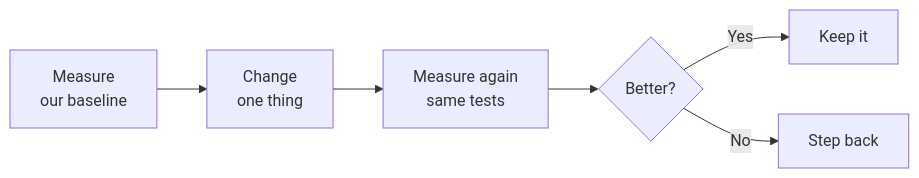
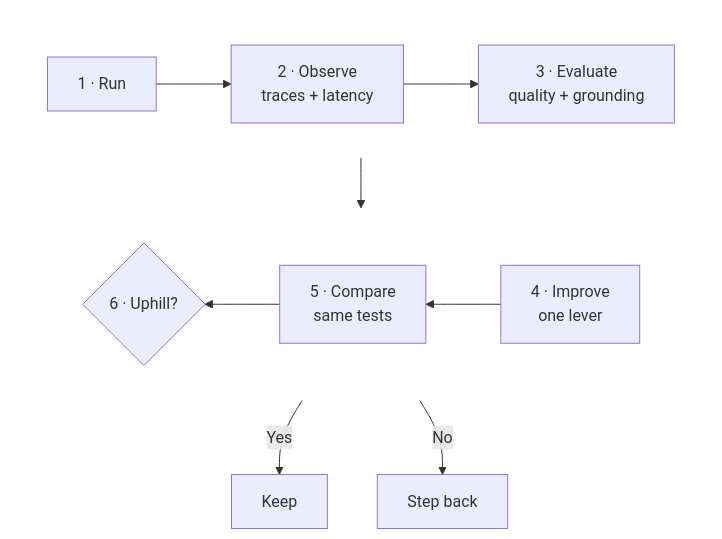
The third of 3 diagrams in foundry/agent-optimization/README.md (nitya/model-mastery), drawn with Mermaid before and after one commit. The commit also changed other lines of this file and 3 other files, not shown here.

````diff
--- a/foundry/agent-optimization/README.md
+++ b/foundry/agent-optimization/README.md
@@ -98,8 +95,18 @@
 ```mermaid
-flowchart LR
-    A["Measure<br/>our baseline"] --> B["Change<br/>one thing"]
-    B --> C["Measure again<br/>same tests"]
-    C --> D{"Better?"}
-    D -- Yes --> E["Keep it"]
-    D -- No --> F["Step back"]
+flowchart TB
+    subgraph TOP[" "]
+        direction LR
+        A["1 · Run"] --> B["2 · Observe<br/>traces + latency"]
+        B --> C["3 · Evaluate<br/>quality + grounding"]
+    end
+    subgraph BOTTOM[" "]
+        direction RL
+        D["4 · Improve<br/>one lever"] --> E["5 · Compare<br/>same tests"]
+        E --> F{"6 · Uphill?"}
+    end
+    C --> D
+    F -- Yes --> G["Keep"]
+    F -- No --> H["Step back"]
+    style TOP fill:none,stroke:none
+    style BOTTOM fill:none,stroke:none
 ```
````
